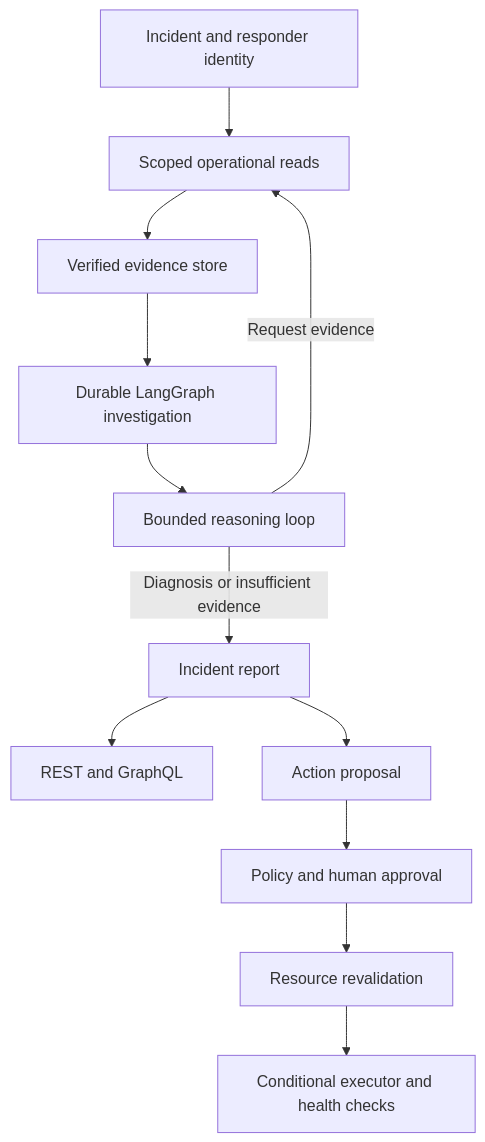
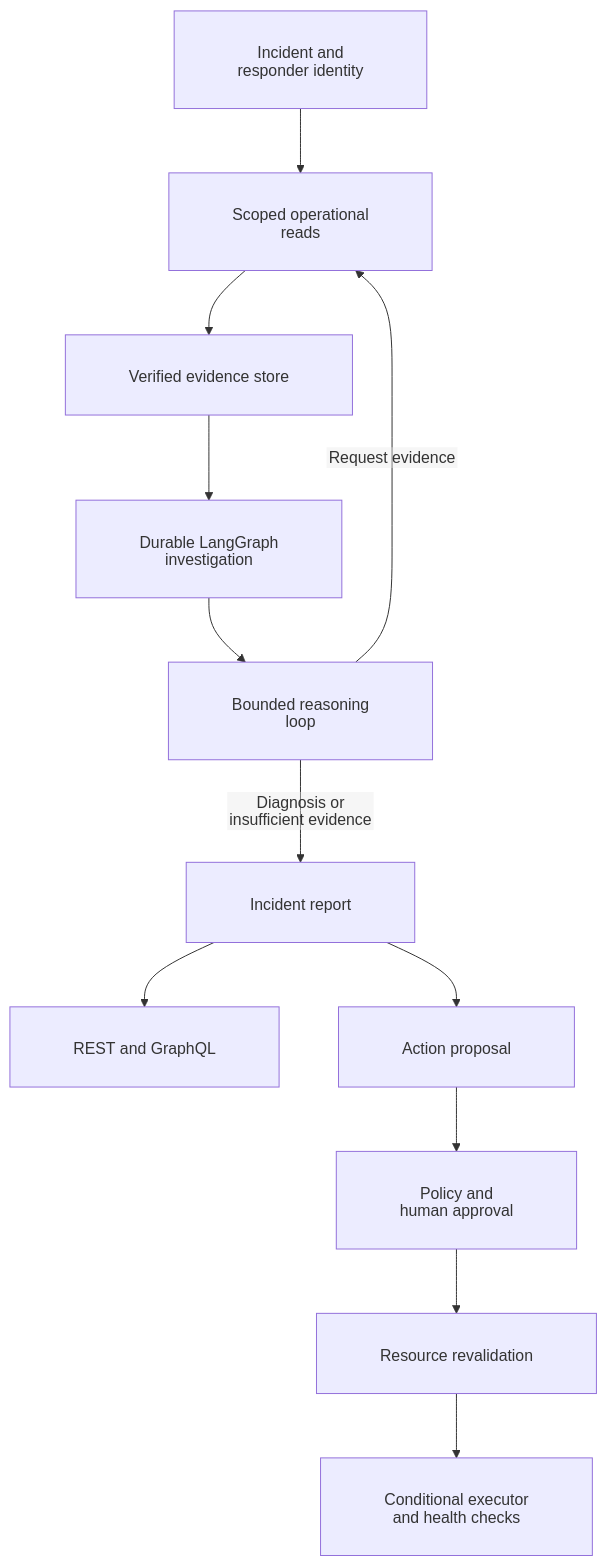
One commit to chinmayarvind23/pay-ops changed the diagram in README.md. Above: the diagram before and after it, drawn with Mermaid.

````diff
--- a/README.md
+++ b/README.md
@@ -39,14 +39,22 @@
 ```mermaid
+---
+config:
+  htmlLabels: false
+  flowchart:
+    padding: 32
+    nodeSpacing: 60
+    rankSpacing: 65
+---
 flowchart TD
-    A[Incident and responder identity] --> B[Scoped operational reads]
+    A["Incident and<br/>responder identity"] --> B["Scoped operational<br/>reads"]
     B --> C[Verified evidence store]
-    C --> D[Durable LangGraph investigation]
-    D --> E[Bounded reasoning loop]
+    C --> D["Durable LangGraph<br/>investigation"]
+    D --> E["Bounded reasoning<br/>loop"]
     E -->|Request evidence| B
-    E -->|Diagnosis or insufficient evidence| F[Incident report]
+    E -->|Diagnosis or<br/>insufficient evidence| F[Incident report]
     F --> G[REST and GraphQL]
     F --> H[Action proposal]
-    H --> I[Policy and human approval]
+    H --> I["Policy and<br/>human approval"]
     I --> J[Resource revalidation]
-    J --> K[Conditional executor and health checks]
+    J --> K["Conditional executor<br/>and health checks"]
 ```
````
